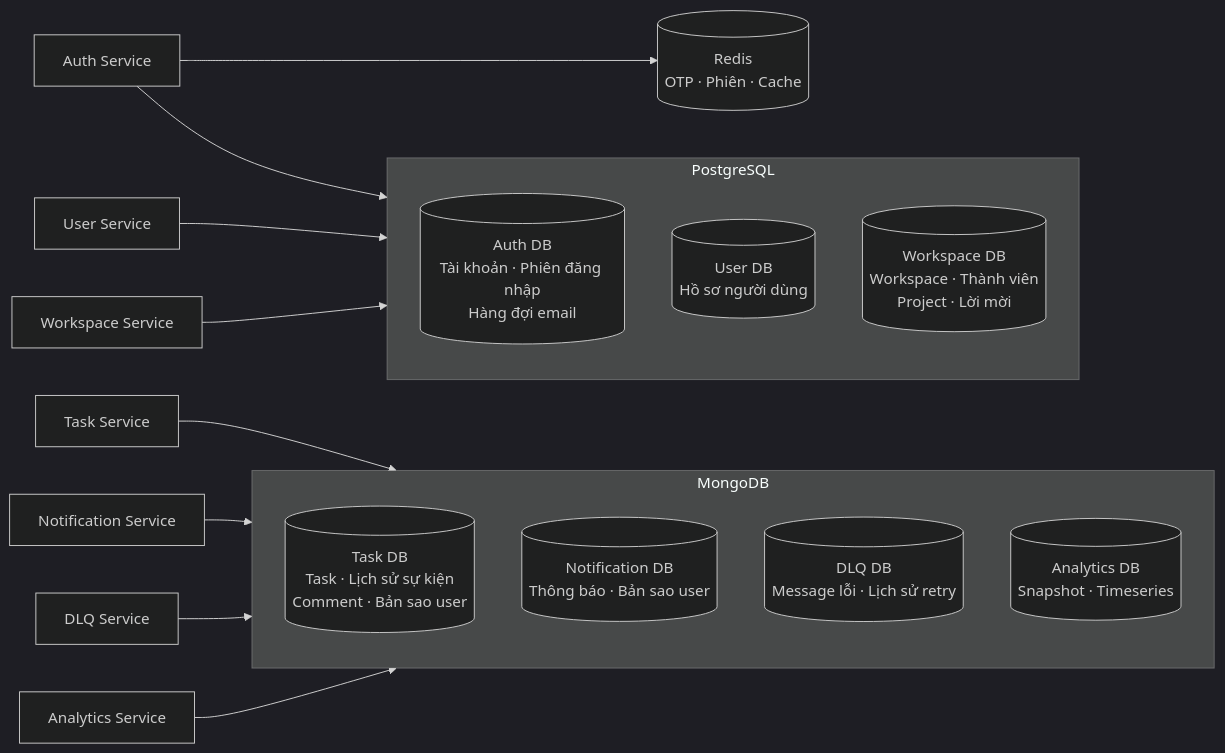
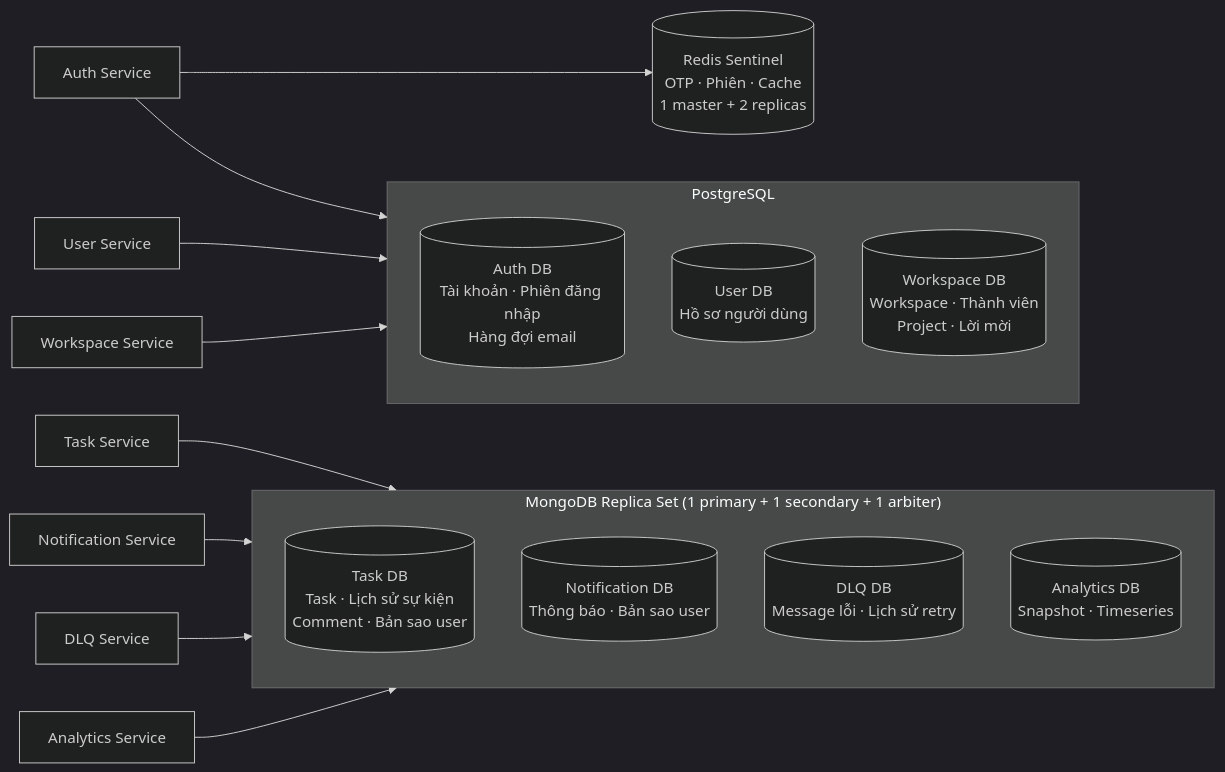
One commit to lengocanh2005it/collabspace changed the ninth of 37 diagrams in docs/presentation-outline.md. Above: the diagram before and after it, drawn with Mermaid (dark theme). The commit also changed other lines of this file, not shown here.

First line of the commit message:
docs(presentation): update slide outline with Redis Sentinel + MongoDB Replica Set HA

````diff
--- a/docs/presentation-outline.md
+++ b/docs/presentation-outline.md
@@ -407,27 +407,27 @@
 ```mermaid
 flowchart LR
     subgraph PG["PostgreSQL"]
         direction TB
         AUTH_DB[(Auth DB\nTài khoản · Phiên đăng nhập\nHàng đợi email)]
         USER_DB[(User DB\nHồ sơ người dùng)]
         WS_DB[(Workspace DB\nWorkspace · Thành viên\nProject · Lời mời)]
     end
 
-    subgraph MONGO["MongoDB"]
+    subgraph MONGO["MongoDB Replica Set (1 primary + 1 secondary + 1 arbiter)"]
         direction TB
         TASK_DB[(Task DB\nTask · Lịch sử sự kiện\nComment · Bản sao user)]
         NOTIF_DB[(Notification DB\nThông báo · Bản sao user)]
         DLQ_DB[(DLQ DB\nMessage lỗi · Lịch sử retry)]
         ANA_DB[(Analytics DB\nSnapshot · Timeseries)]
     end
 
-    REDIS[(Redis\nOTP · Phiên · Cache)]
+    REDIS[(Redis Sentinel\nOTP · Phiên · Cache\n1 master + 2 replicas)]
 
     AuthSvc[Auth Service] --> AUTH_DB & REDIS
     UserSvc[User Service] --> USER_DB
     WSSvc[Workspace Service] --> WS_DB
     TaskSvc[Task Service] --> TASK_DB
     NotifSvc[Notification Service] --> NOTIF_DB
     DLQSvc[DLQ Service] --> DLQ_DB
     AnaSvc[Analytics Service] --> ANA_DB
 ```
````
